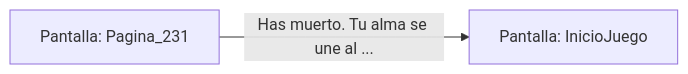
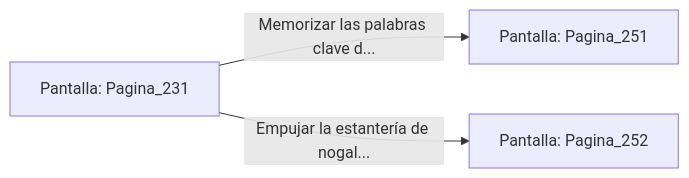
One commit to metsuke/mpl changed the diagram in sample/eligejuego-vault/Pantalla_Pagina_231.md. Above: the diagram before and after it, drawn with Mermaid. The commit also changed other lines of this file and 635 other files, not shown here.

First line of the commit message:
fix: añadir Pagina_1 como pantalla inicial en capitulo_01.mpl

````diff
--- a/sample/eligejuego-vault/Pantalla_Pagina_231.md
+++ b/sample/eligejuego-vault/Pantalla_Pagina_231.md
@@ -17,5 +24,6 @@
 ```mermaid
 graph LR
     P_Pagina_231["Pantalla: Pagina_231"]
-    P_Pagina_231 -->|"Has muerto. Tu alma se une al ..."| P_InicioJuego["Pantalla: InicioJuego"]
+    P_Pagina_231 -->|"Memorizar las palabras clave d..."| P_Pagina_251["Pantalla: Pagina_251"]
+    P_Pagina_231 -->|"Empujar la estantería de nogal..."| P_Pagina_252["Pantalla: Pagina_252"]
 ```
````
